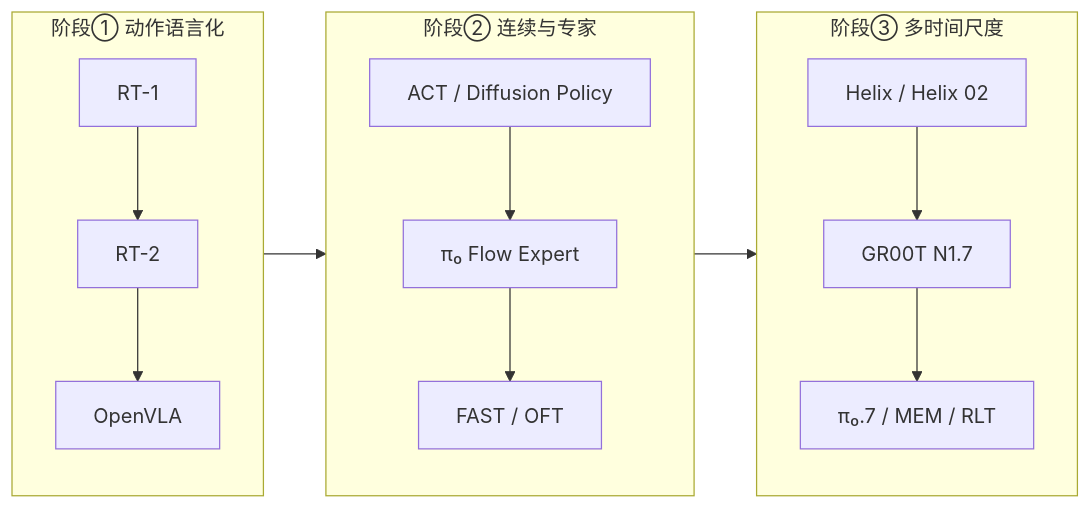
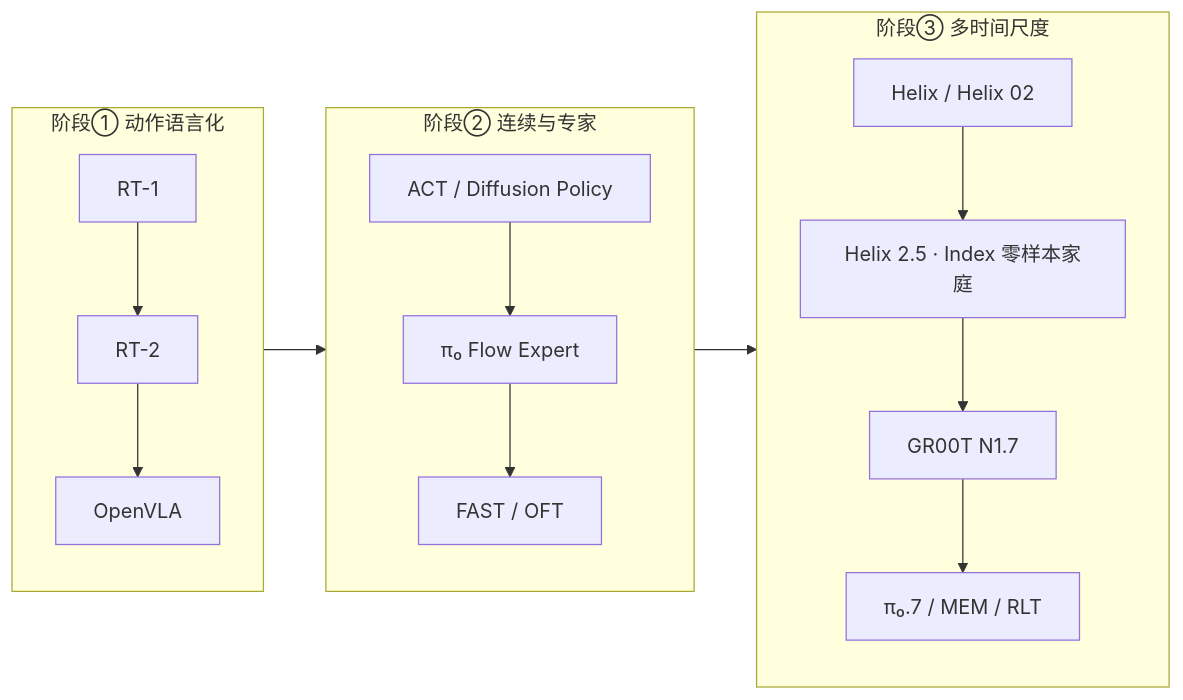
Before and after one commit to ImChong/Robotics_Notebooks: the first of 2 diagrams in wiki/overview/vla-evolution-lineage.md, drawn with Mermaid. The commit also changed other lines of this file and 16 other files, not shown here.

Commit message:
[2026-09-17] ingest | sources/blogs/figure_ai_helix_25_zero_shot_30_home_generalization.md — Helix 2.5 Index 预训练与 30 家庭零样本全身 locomanipulation 实体并交叉挂接

````diff
--- a/wiki/overview/vla-evolution-lineage.md
+++ b/wiki/overview/vla-evolution-lineage.md
@@ -50,22 +53,23 @@
 ```mermaid
 flowchart LR
   subgraph p1 ["阶段① 动作语言化"]
     RT1["RT-1"]
     RT2["RT-2"]
     OV["OpenVLA"]
     RT1 --> RT2 --> OV
   end
   subgraph p2 ["阶段② 连续与专家"]
     ACT["ACT / Diffusion Policy"]
     PI0["π₀ Flow Expert"]
     FAST["FAST / OFT"]
     ACT --> PI0 --> FAST
   end
   subgraph p3 ["阶段③ 多时间尺度"]
     HX["Helix / Helix 02"]
+    H25["Helix 2.5 · Index 零样本家庭"]
     GR["GR00T N1.7"]
     PI07["π₀.7 / MEM / RLT"]
-    HX --> GR --> PI07
+    HX --> H25 --> GR --> PI07
   end
   p1 --> p2 --> p3
 ```
````
